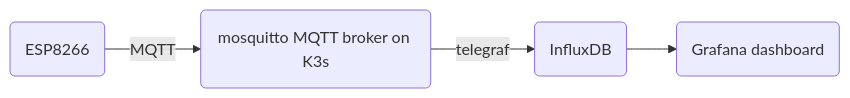
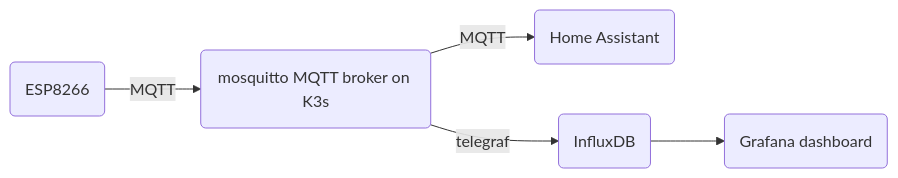
Before and after one commit to cooling75/home-monitoring: the diagram in README.md, drawn with Mermaid. The commit also changed other lines of this file, not shown here.

````diff
--- a/README.md
+++ b/README.md
@@ -48,6 +48,7 @@
 ```mermaid
 graph LR;
 A(ESP8266)-->|MQTT| B(mosquitto MQTT broker on K3s);
+B-->|MQTT| E(Home Assistant);
 B-->|telegraf| C(InfluxDB);
 C --> D(Grafana dashboard)
 ```
````
